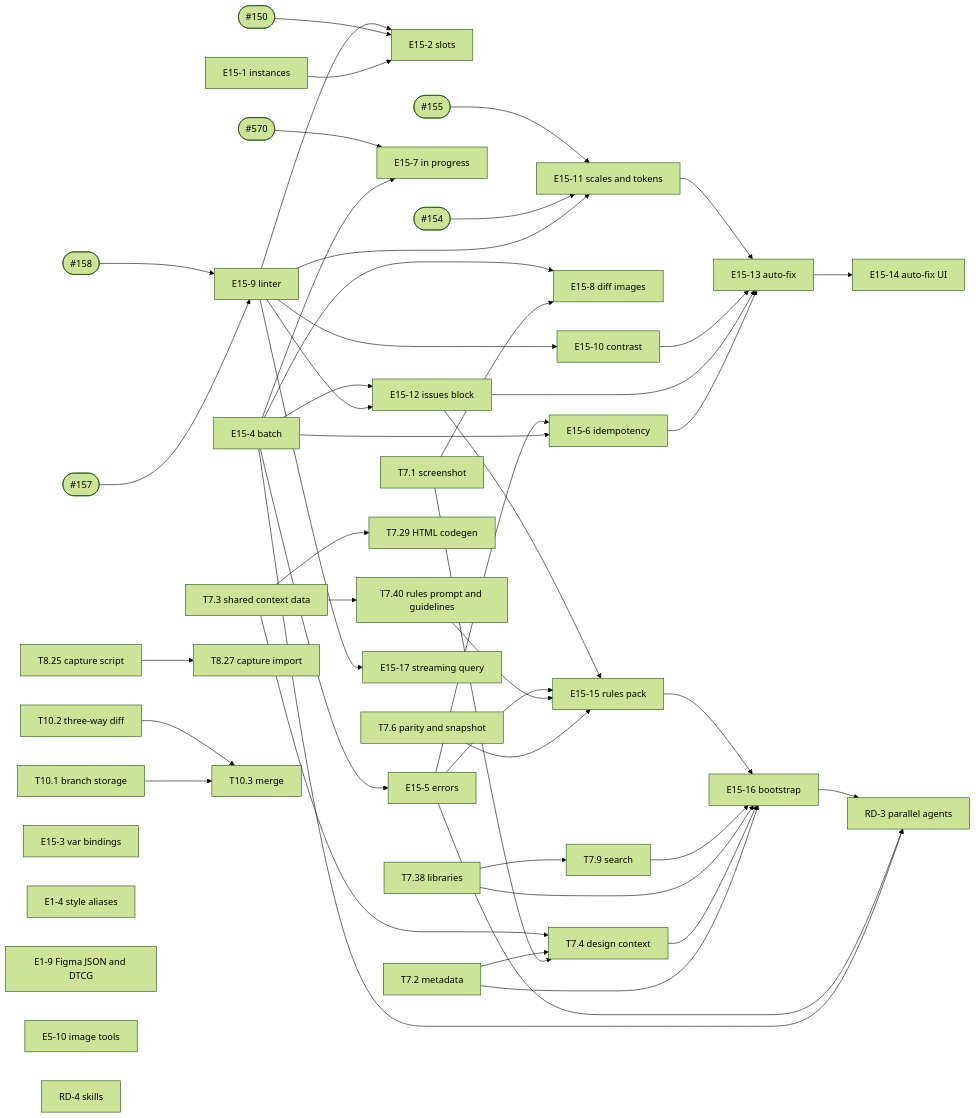
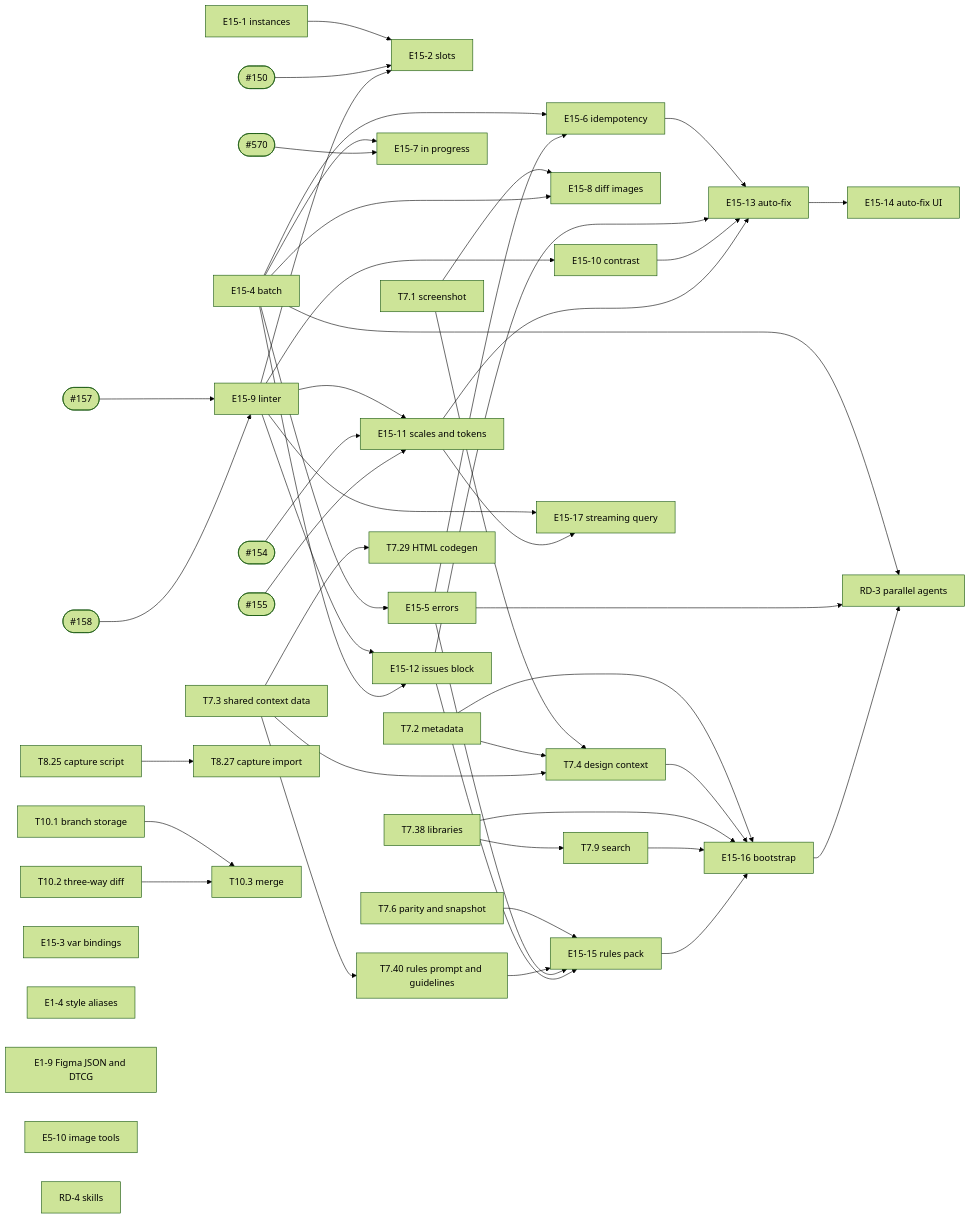
One commit to NamAIEngineer/design-os-studio changed the diagram in docs/specs/v0.6/README.md. Above: the diagram before and after it, drawn with Mermaid (forest theme). The commit also changed other lines of this file and 16 other files, not shown here.

````diff
--- a/docs/specs/v0.6/README.md
+++ b/docs/specs/v0.6/README.md
@@ -71,53 +71,54 @@
 ```mermaid
 graph LR
   E15_1[E15-1 instances] --> E15_2[E15-2 slots]
   X150([#150]) --> E15_2
   E15_9 --> E15_2
   E15_4[E15-4 batch] --> E15_5[E15-5 errors]
   E15_4 --> E15_6[E15-6 idempotency]
   E15_5 --> E15_6
   E15_6 --> E15_13
   E15_4 --> E15_7[E15-7 in progress]
   X570([#570]) --> E15_7
   T7_1[T7.1 screenshot] --> E15_8[E15-8 diff images]
   E15_4 --> E15_8
   X157([#157]) --> E15_9[E15-9 linter]
   X158([#158]) --> E15_9
   E15_9 --> E15_10[E15-10 contrast]
   E15_9 --> E15_11[E15-11 scales and tokens]
   X154([#154]) --> E15_11
   X155([#155]) --> E15_11
   E15_9 --> E15_12[E15-12 issues block]
   E15_4 --> E15_12
   E15_12 --> E15_13[E15-13 auto-fix]
   E15_10 --> E15_13
   E15_11 --> E15_13
   E15_13 --> E15_14[E15-14 auto-fix UI]
   T7_3[T7.3 shared context data] --> T7_40[T7.40 rules prompt and guidelines]
   T7_6[T7.6 parity and snapshot] --> E15_15[E15-15 rules pack]
   T7_40 --> E15_15
   E15_5 --> E15_15
   E15_12 --> E15_15
   T7_1 --> T7_4[T7.4 design context]
   T7_2[T7.2 metadata] --> T7_4
   T7_3 --> T7_4
   T7_3 --> T7_29[T7.29 HTML codegen]
   T7_38[T7.38 libraries] --> T7_9[T7.9 search]
   T7_2 --> E15_16[E15-16 bootstrap]
   T7_4 --> E15_16
   T7_38 --> E15_16
   T7_9 --> E15_16
   E15_15 --> E15_16
   E15_9 --> E15_17[E15-17 streaming query]
+  E15_11 --> E15_17
   E15_4 --> RD3[RD-3 parallel agents]
   E15_5 --> RD3
   E15_16 --> RD3
   T8_25[T8.25 capture script] --> T8_27[T8.27 capture import]
   T10_1[T10.1 branch storage] --> T10_3[T10.3 merge]
   T10_2[T10.2 three-way diff] --> T10_3
   E15_3[E15-3 var bindings]
   E1_4[E1-4 style aliases]
   E1_9[E1-9 Figma JSON and DTCG]
   E5_10[E5-10 image tools]
   RD4[RD-4 skills]
 ```
````
